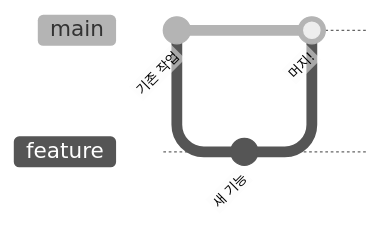
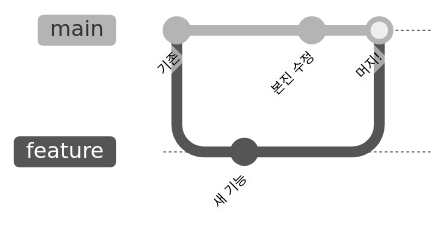
The fifth of 5 diagrams in slides/session-1.md (0-Chan/git-github-101), drawn with Mermaid (neutral theme) before and after one commit. The commit also changed other lines of this file, not shown here.

First line of the commit message:
feat(slides): deepen the merge story with FF vs merge commit and conflicts

````diff
--- a/slides/session-1.md
+++ b/slides/session-1.md
@@ -752,8 +775,9 @@
-```mermaid {scale: 0.6, theme: 'base', themeVariables: {git0: '#f5a524', git1: '#7c3aed', gitBranchLabel0: '#ffffff', gitBranchLabel1: '#ffffff', commitLabelFontSize: '13px'}}
+```mermaid {scale: 0.45, theme: 'base', themeVariables: {git0: '#f5a524', git1: '#7c3aed', gitBranchLabel0: '#ffffff', gitBranchLabel1: '#ffffff', commitLabelFontSize: '13px'}}
 gitGraph
-  commit id: "기존 작업"
+  commit id: "기존"
   branch feature
   commit id: "새 기능"
   checkout main
+  commit id: "본진 수정"
   merge feature id: "머지!"
 ```
````
